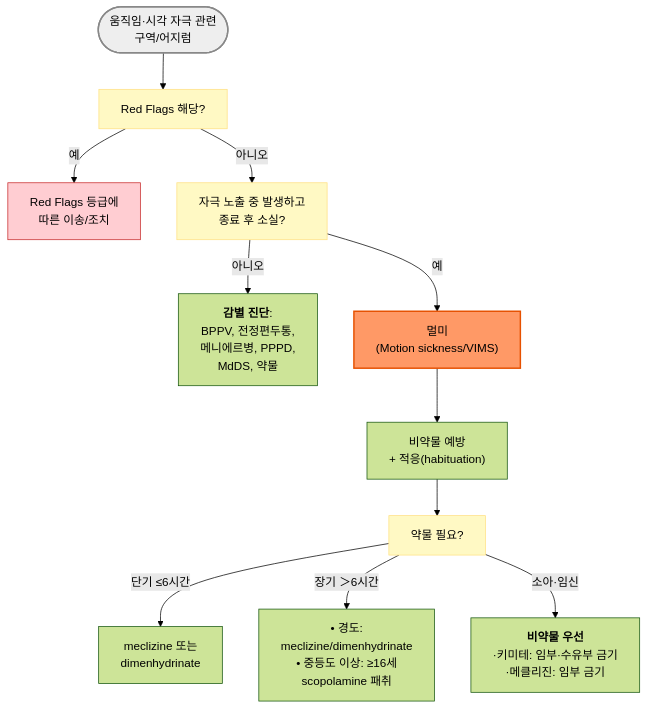
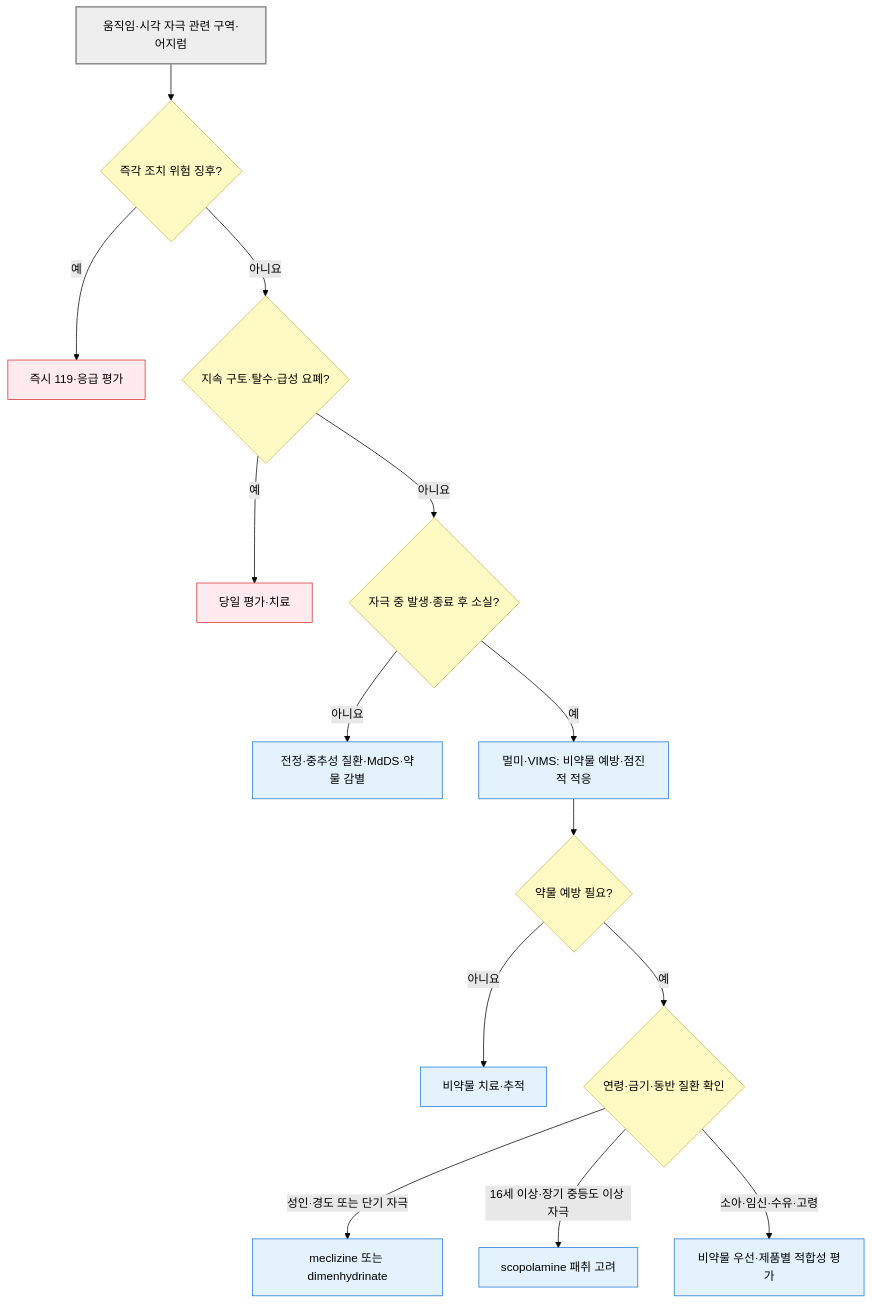
Before and after one commit to familyoh77/familyoh77: the diagram in 221_/024_-motion-sickness.md, drawn with Mermaid (forest theme). The commit also changed other lines of this file and 4 other files, not shown here.

````diff
--- a/221_/024_-motion-sickness.md
+++ b/221_/024_-motion-sickness.md
@@ -123,20 +123,24 @@
 ```mermaid
-graph TD
-    Start(["움직임·시각 자극 관련 <br/>구역/어지럼"]) --> RF["Red Flags 해당?"]
-    RF -->|예| ER[Red Flags 등급에 <br/>따른 이송/조치]
-    RF -->|아니오| Q1["자극 노출 중 발생하고 <br/>종료 후 소실?"]
-    Q1 -->|아니오| DDX["<b>감별 진단</b>: <br/>BPPV, 전정편두통, <br/>메니에르병, PPPD, <br/>MdDS, 약물"]
-    Q1 -->|예| MS["멀미 <br/>(Motion sickness/VIMS)"]
-    MS --> NP["비약물 예방 <br/>+ 적응(habituation)"]
-    NP --> Q2["약물 필요?"]
-    Q2 -->|"단기 ≤6시간"| S1["meclizine 또는 <br/>dimenhydrinate"]
-    Q2 -->|"장기 ＞6시간"| S2["• 경도: <br/>meclizine/dimenhydrinate<br/>• 중등도 이상: ≥16세 <br/>scopolamine 패취"]
-    Q2 -->|"소아·임신"| S3["<b>비약물 우선</b><br>·키미테: 임부·수유부 금기<br>·메클리진: 임부 금기"]
-    style Start fill:#eeeeee,stroke:#888888,stroke-width:2px
-    style MS fill:#f96,stroke:#e65100,stroke-width:2px
-    style RF fill:#fff9c4,stroke:#ffe082
-    style Q1 fill:#fff9c4,stroke:#ffe082
-    style Q2 fill:#fff9c4,stroke:#ffe082
-    style ER fill:#ffcdd2,stroke:#c62828
-
+flowchart TD
+    A["움직임·시각 자극 관련 구역·어지럼"] --> B{"즉각 조치 위험 징후?"}
+    B -- "예" --> U["즉시 119·응급 평가"]
+    B -- "아니요" --> C{"지속 구토·탈수·급성 요폐?"}
+    C -- "예" --> V["당일 평가·치료"]
+    C -- "아니요" --> D{"자극 중 발생·종료 후 소실?"}
+    D -- "아니요" --> E["전정·중추성 질환·MdDS·약물 감별"]
+    D -- "예" --> F["멀미·VIMS: 비약물 예방·점진적 적응"]
+    F --> G{"약물 예방 필요?"}
+    G -- "아니요" --> H["비약물 치료·추적"]
+    G -- "예" --> I{"연령·금기·동반 질환 확인"}
+    I -- "성인·경도 또는 단기 자극" --> J["meclizine 또는 dimenhydrinate"]
+    I -- "16세 이상·장기 중등도 이상 자극" --> K["scopolamine 패취 고려"]
+    I -- "소아·임신·수유·고령" --> L["비약물 우선·제품별 적합성 평가"]
+    classDef start fill:#eee,stroke:#888,stroke-width:2px
+    classDef decision fill:#fff9c4,stroke:#d6b656
+    classDef process fill:#e3f2fd,stroke:#1976d2
+    classDef urgent fill:#ffebee,stroke:#d32f2f
+    class A start
+    class B,C,D,G,I decision
+    class E,F,H,J,K,L process
+    class U,V urgent
 ```
````
